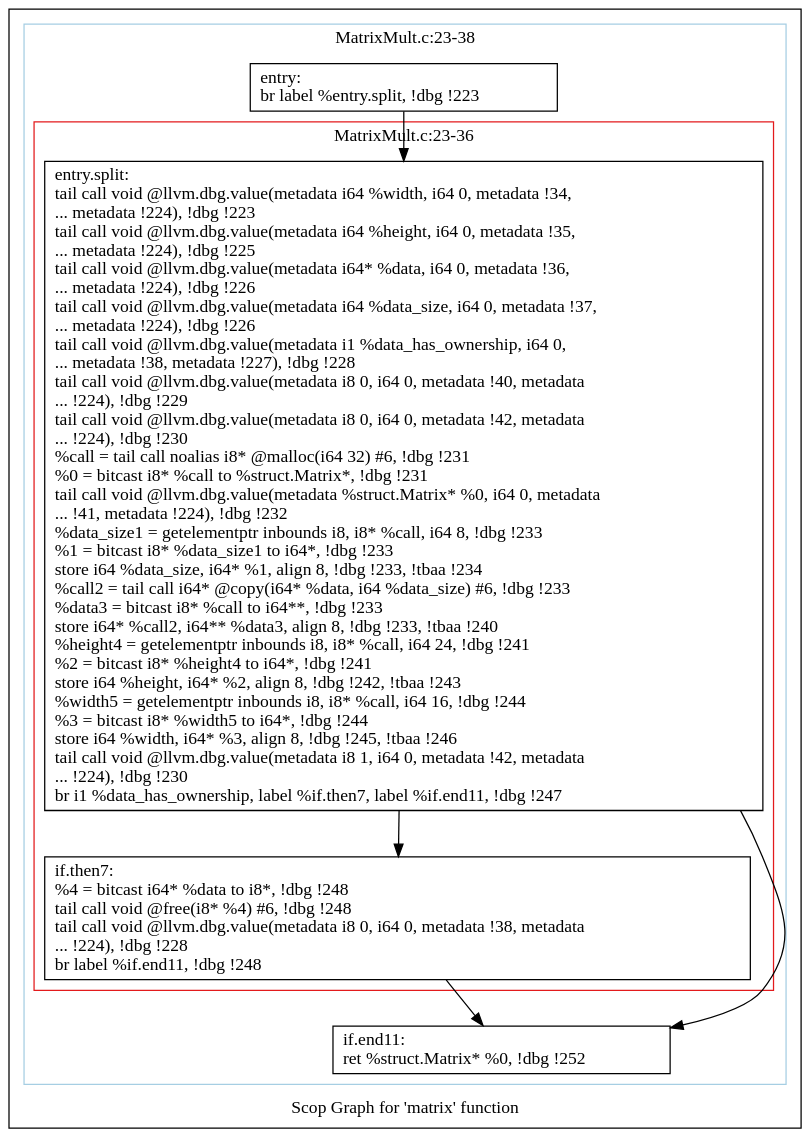
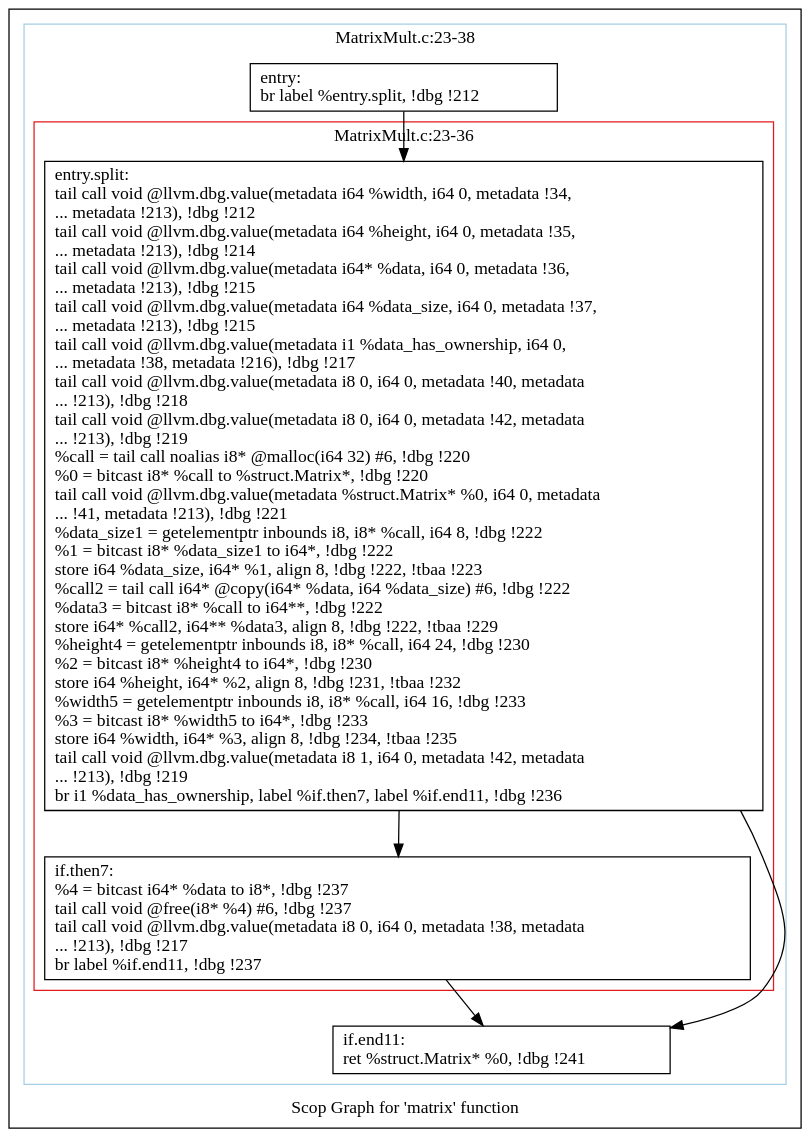
Before and after one commit to samminweng/WhileyOpenCL: the diagram in polly/MatrixMult/impl/autogenerate/dot/scops.matrix.dot, drawn with Graphviz. The commit also changed 29 other files, not shown here.

```diff
--- a/polly/MatrixMult/impl/autogenerate/dot/scops.matrix.dot
+++ b/polly/MatrixMult/impl/autogenerate/dot/scops.matrix.dot
@@ -1,29 +1,29 @@
 digraph "Scop Graph for 'matrix' function" {
 	label="Scop Graph for 'matrix' function";
 
-	Node0xa7e0f30 [shape=record,label="{entry:\l  br label %entry.split, !dbg !223\l}"];
-	Node0xa7e0f30 -> Node0xa839f40;
-	Node0xa839f40 [shape=record,label="{entry.split:                                      \l  tail call void @llvm.dbg.value(metadata i64 %width, i64 0, metadata !34,\l... metadata !224), !dbg !223\l  tail call void @llvm.dbg.value(metadata i64 %height, i64 0, metadata !35,\l... metadata !224), !dbg !225\l  tail call void @llvm.dbg.value(metadata i64* %data, i64 0, metadata !36,\l... metadata !224), !dbg !226\l  tail call void @llvm.dbg.value(metadata i64 %data_size, i64 0, metadata !37,\l... metadata !224), !dbg !226\l  tail call void @llvm.dbg.value(metadata i1 %data_has_ownership, i64 0,\l... metadata !38, metadata !227), !dbg !228\l  tail call void @llvm.dbg.value(metadata i8 0, i64 0, metadata !40, metadata\l... !224), !dbg !229\l  tail call void @llvm.dbg.value(metadata i8 0, i64 0, metadata !42, metadata\l... !224), !dbg !230\l  %call = tail call noalias i8* @malloc(i64 32) #6, !dbg !231\l  %0 = bitcast i8* %call to %struct.Matrix*, !dbg !231\l  tail call void @llvm.dbg.value(metadata %struct.Matrix* %0, i64 0, metadata\l... !41, metadata !224), !dbg !232\l  %data_size1 = getelementptr inbounds i8, i8* %call, i64 8, !dbg !233\l  %1 = bitcast i8* %data_size1 to i64*, !dbg !233\l  store i64 %data_size, i64* %1, align 8, !dbg !233, !tbaa !234\l  %call2 = tail call i64* @copy(i64* %data, i64 %data_size) #6, !dbg !233\l  %data3 = bitcast i8* %call to i64**, !dbg !233\l  store i64* %call2, i64** %data3, align 8, !dbg !233, !tbaa !240\l  %height4 = getelementptr inbounds i8, i8* %call, i64 24, !dbg !241\l  %2 = bitcast i8* %height4 to i64*, !dbg !241\l  store i64 %height, i64* %2, align 8, !dbg !242, !tbaa !243\l  %width5 = getelementptr inbounds i8, i8* %call, i64 16, !dbg !244\l  %3 = bitcast i8* %width5 to i64*, !dbg !244\l  store i64 %width, i64* %3, align 8, !dbg !245, !tbaa !246\l  tail call void @llvm.dbg.value(metadata i8 1, i64 0, metadata !42, metadata\l... !224), !dbg !230\l  br i1 %data_has_ownership, label %if.then7, label %if.end11, !dbg !247\l}"];
-	Node0xa839f40 -> Node0xa839fd0;
-	Node0xa839f40 -> Node0xa8389a0;
-	Node0xa839fd0 [shape=record,label="{if.then7:                                         \l  %4 = bitcast i64* %data to i8*, !dbg !248\l  tail call void @free(i8* %4) #6, !dbg !248\l  tail call void @llvm.dbg.value(metadata i8 0, i64 0, metadata !38, metadata\l... !224), !dbg !228\l  br label %if.end11, !dbg !248\l}"];
-	Node0xa839fd0 -> Node0xa8389a0;
-	Node0xa8389a0 [shape=record,label="{if.end11:                                         \l  ret %struct.Matrix* %0, !dbg !252\l}"];
+	Node0xa3e01a0 [shape=record,label="{entry:\l  br label %entry.split, !dbg !212\l}"];
+	Node0xa3e01a0 -> Node0xa3d33e0;
+	Node0xa3d33e0 [shape=record,label="{entry.split:                                      \l  tail call void @llvm.dbg.value(metadata i64 %width, i64 0, metadata !34,\l... metadata !213), !dbg !212\l  tail call void @llvm.dbg.value(metadata i64 %height, i64 0, metadata !35,\l... metadata !213), !dbg !214\l  tail call void @llvm.dbg.value(metadata i64* %data, i64 0, metadata !36,\l... metadata !213), !dbg !215\l  tail call void @llvm.dbg.value(metadata i64 %data_size, i64 0, metadata !37,\l... metadata !213), !dbg !215\l  tail call void @llvm.dbg.value(metadata i1 %data_has_ownership, i64 0,\l... metadata !38, metadata !216), !dbg !217\l  tail call void @llvm.dbg.value(metadata i8 0, i64 0, metadata !40, metadata\l... !213), !dbg !218\l  tail call void @llvm.dbg.value(metadata i8 0, i64 0, metadata !42, metadata\l... !213), !dbg !219\l  %call = tail call noalias i8* @malloc(i64 32) #6, !dbg !220\l  %0 = bitcast i8* %call to %struct.Matrix*, !dbg !220\l  tail call void @llvm.dbg.value(metadata %struct.Matrix* %0, i64 0, metadata\l... !41, metadata !213), !dbg !221\l  %data_size1 = getelementptr inbounds i8, i8* %call, i64 8, !dbg !222\l  %1 = bitcast i8* %data_size1 to i64*, !dbg !222\l  store i64 %data_size, i64* %1, align 8, !dbg !222, !tbaa !223\l  %call2 = tail call i64* @copy(i64* %data, i64 %data_size) #6, !dbg !222\l  %data3 = bitcast i8* %call to i64**, !dbg !222\l  store i64* %call2, i64** %data3, align 8, !dbg !222, !tbaa !229\l  %height4 = getelementptr inbounds i8, i8* %call, i64 24, !dbg !230\l  %2 = bitcast i8* %height4 to i64*, !dbg !230\l  store i64 %height, i64* %2, align 8, !dbg !231, !tbaa !232\l  %width5 = getelementptr inbounds i8, i8* %call, i64 16, !dbg !233\l  %3 = bitcast i8* %width5 to i64*, !dbg !233\l  store i64 %width, i64* %3, align 8, !dbg !234, !tbaa !235\l  tail call void @llvm.dbg.value(metadata i8 1, i64 0, metadata !42, metadata\l... !213), !dbg !219\l  br i1 %data_has_ownership, label %if.then7, label %if.end11, !dbg !236\l}"];
+	Node0xa3d33e0 -> Node0xa3c3570;
+	Node0xa3d33e0 -> Node0xa3e0fe0;
+	Node0xa3c3570 [shape=record,label="{if.then7:                                         \l  %4 = bitcast i64* %data to i8*, !dbg !237\l  tail call void @free(i8* %4) #6, !dbg !237\l  tail call void @llvm.dbg.value(metadata i8 0, i64 0, metadata !38, metadata\l... !213), !dbg !217\l  br label %if.end11, !dbg !237\l}"];
+	Node0xa3c3570 -> Node0xa3e0fe0;
+	Node0xa3e0fe0 [shape=record,label="{if.end11:                                         \l  ret %struct.Matrix* %0, !dbg !241\l}"];
 	colorscheme = "paired12"
-        subgraph cluster_0xa887900 {
+        subgraph cluster_0xa3e2030 {
           label = "MatrixMult.c:23-38
 ";
           style = solid;
           color = 1
-          subgraph cluster_0xa885b80 {
+          subgraph cluster_0xa3e2520 {
             label = "MatrixMult.c:23-36
 ";
             style = solid;
             color = 6
-            Node0xa839f40;
-            Node0xa839fd0;
+            Node0xa3d33e0;
+            Node0xa3c3570;
           }
-          Node0xa7e0f30;
-          Node0xa8389a0;
+          Node0xa3e01a0;
+          Node0xa3e0fe0;
         }
 }
```
